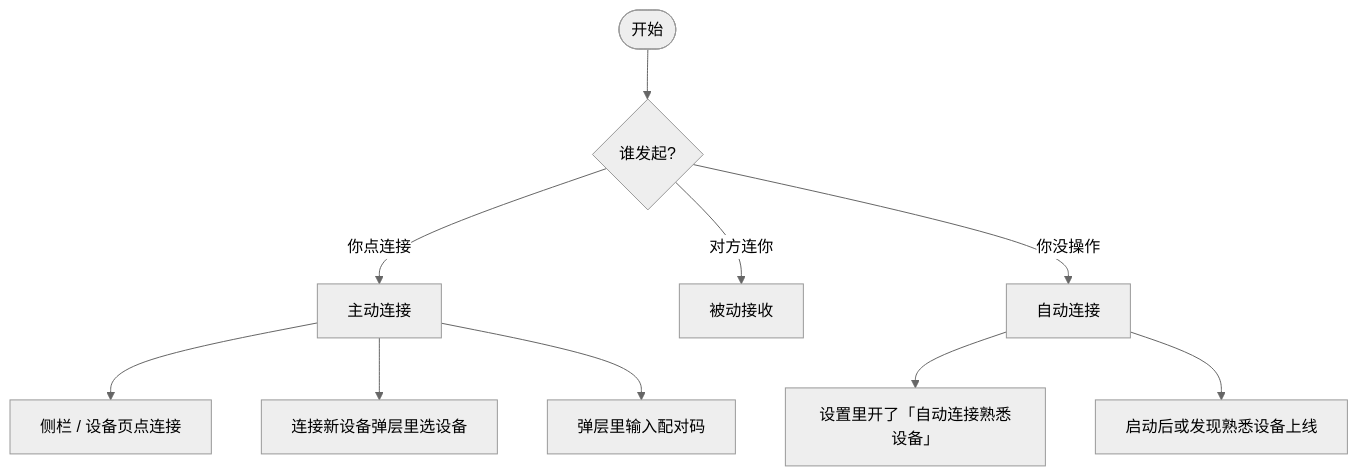
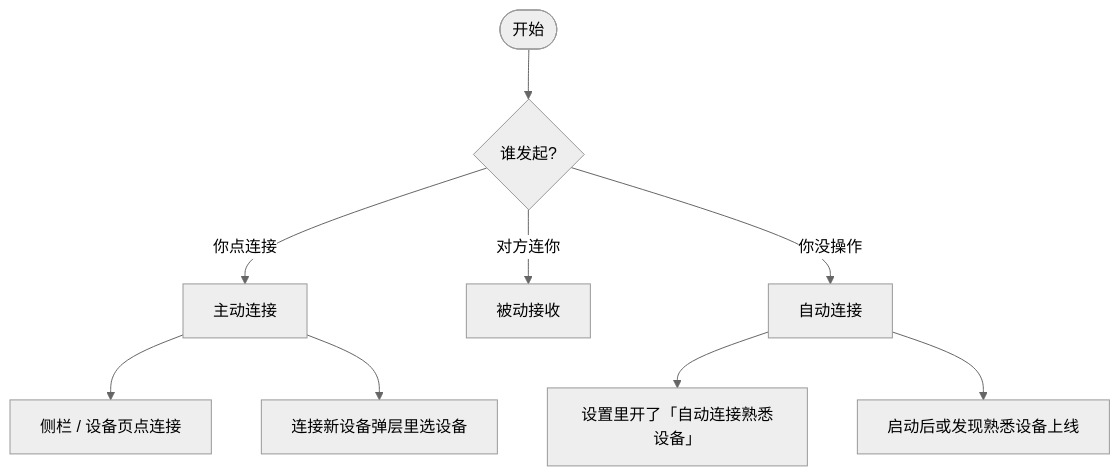
The first of 5 diagrams in CONNECTION.md (planarcat/planarclip), drawn with Mermaid (neutral theme) before and after one commit. The commit also changed other lines of this file and 7 other files, not shown here.

````diff
--- a/CONNECTION.md
+++ b/CONNECTION.md
@@ -78,14 +78,13 @@
 ```mermaid
 flowchart TD
   A([开始]) --> B{谁发起?}
   B -->|你点连接| C[主动连接]
   B -->|对方连你| D[被动接收]
   B -->|你没操作| E[自动连接]
 
   C --> C1[侧栏 / 设备页点连接]
   C --> C2[连接新设备弹层里选设备]
-  C --> C2b[弹层里输入配对码]
 
   E --> E1[设置里开了「自动连接熟悉设备」]
   E --> E2[启动后或发现熟悉设备上线]
 ```
````
